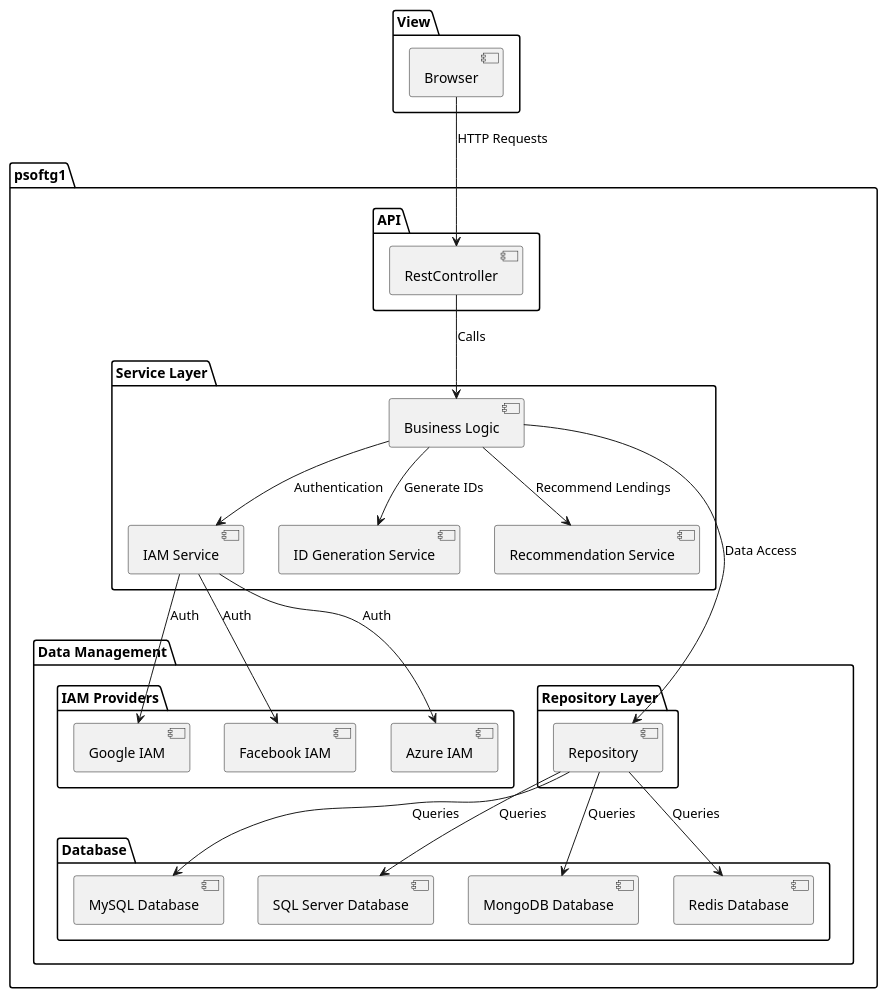
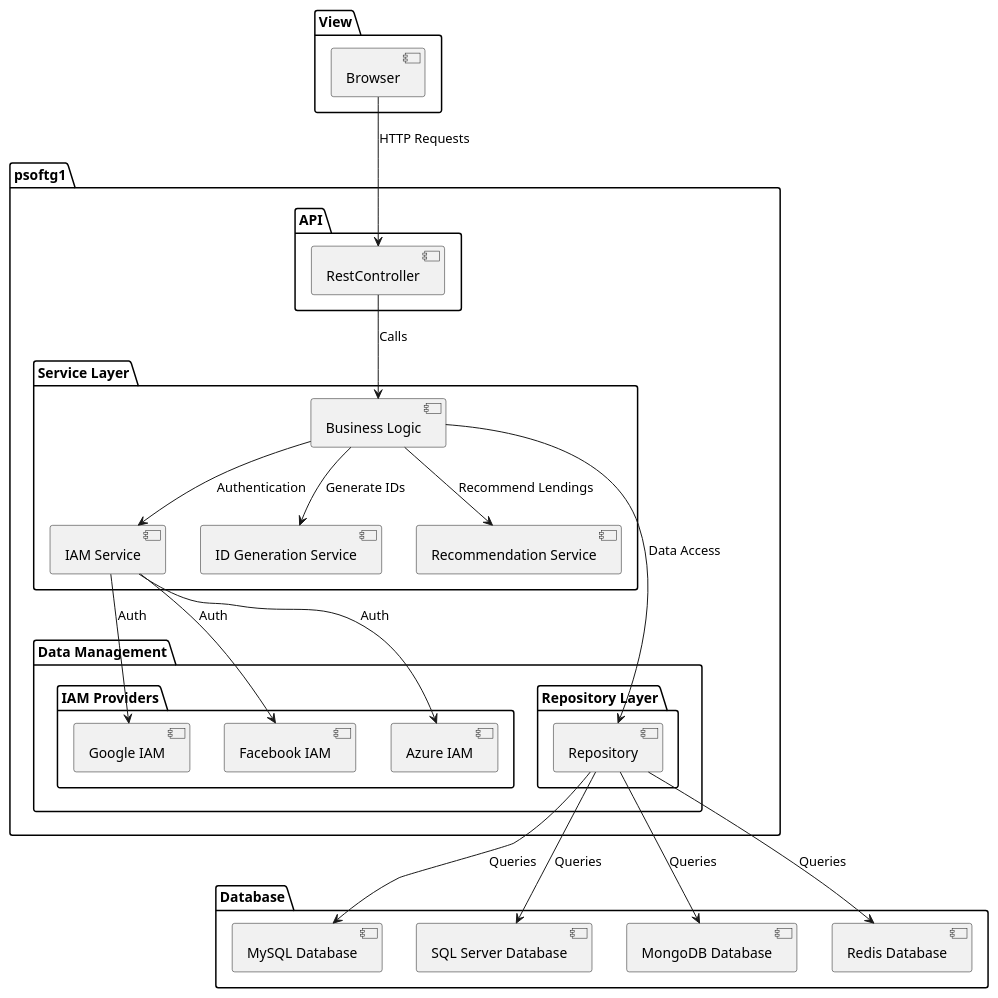
One commit to GuilhermeCunha79/LMS_MicroserviceArchitecture changed the diagram in psoft-project-2024-g1/Docs/GlobalArtifacts/Documentation/NV3/Logical View/LogicalDiagramN3.puml. Above: the diagram before and after it, drawn with PlantUML. The commit also changed 2 other files, not shown here.

Commit message:
Add Database in Logical View

```diff
--- a/psoft-project-2024-g1/Docs/GlobalArtifacts/Documentation/NV3/Logical View/LogicalDiagramN3.puml
+++ b/psoft-project-2024-g1/Docs/GlobalArtifacts/Documentation/NV3/Logical View/LogicalDiagramN3.puml
@@ -1,57 +1,57 @@
 @startuml
 
 package View {
   [Browser]
 }
 
 package psoftg1 {
 
   package "API" {
     [RestController]
   }
 
   package "Service Layer" {
     [Business Logic]
     [IAM Service]
     [ID Generation Service]
     [Recommendation Service]
   }
 
   package "Data Management" {
 
   package "Repository Layer" {
     [Repository]
   }
 
-  package "Database" {
-    [MySQL Database]
-    [SQL Server Database]
-    [MongoDB Database]
-    [Redis Database]
-  }
-
   package "IAM Providers" {
     [Google IAM]
     [Facebook IAM]
     [Azure IAM]
   }
+  }
+  }
+   package "Database" {
+      [MySQL Database]
+      [SQL Server Database]
+      [MongoDB Database]
+      [Redis Database]
+   }
 
-  }
 
   [RestController] --> [Business Logic] : Calls
   [Business Logic] --> [Repository] : Data Access
   [Business Logic] --> [IAM Service] : Authentication
   [Business Logic] --> [ID Generation Service] : Generate IDs
   [Business Logic] --> [Recommendation Service] : Recommend Lendings
   [Repository] --> [MySQL Database] : Queries
   [Repository] --> [SQL Server Database] : Queries
   [Repository] --> [MongoDB Database] : Queries
   [Repository] --> [Redis Database] : Queries
   [IAM Service] --> [Google IAM] : Auth
   [IAM Service] --> [Facebook IAM] : Auth
   [IAM Service] --> [Azure IAM] : Auth
 }
 
 [Browser] --> [RestController] : HTTP Requests
 
 @enduml
```
